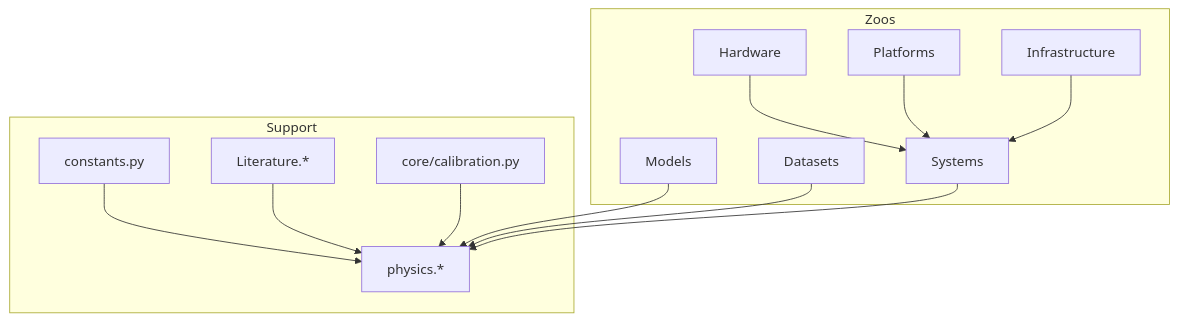
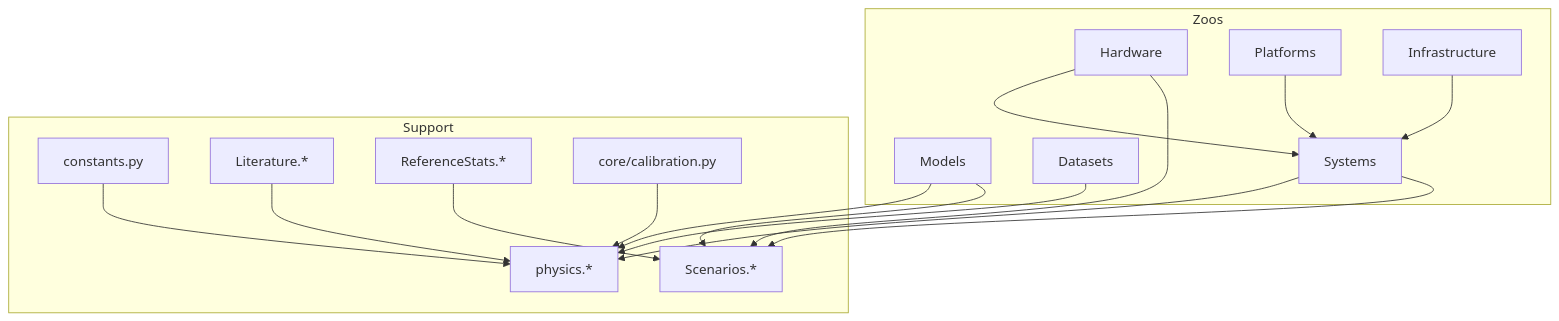
The diagram in mlsysim/docs/DATA_MODEL.md (harvard-edge/cs249r_book), drawn with Mermaid before and after one commit. The commit also changed other lines of this file and 24 other files, not shown here.

````diff
--- a/mlsysim/docs/DATA_MODEL.md
+++ b/mlsysim/docs/DATA_MODEL.md
@@ -50,26 +52,32 @@
 ```mermaid
 flowchart TB
   subgraph zoos [Zoos]
     Hardware
     Models
     Datasets
     Platforms
     Infrastructure
     Systems
   end
   subgraph support [Support]
     constants[constants.py]
     literature[Literature.*]
+    scenarios[Scenarios.*]
+    referenceStats[ReferenceStats.*]
     calibration[core/calibration.py]
     physics[physics.*]
   end
   Hardware --> Systems
   Platforms --> Systems
   Infrastructure --> Systems
   Models --> physics
   Datasets --> physics
   constants --> physics
   literature --> physics
   calibration --> physics
   Systems --> physics
+  Models --> scenarios
+  Hardware --> scenarios
+  Systems --> scenarios
+  referenceStats --> scenarios
 ```
````
